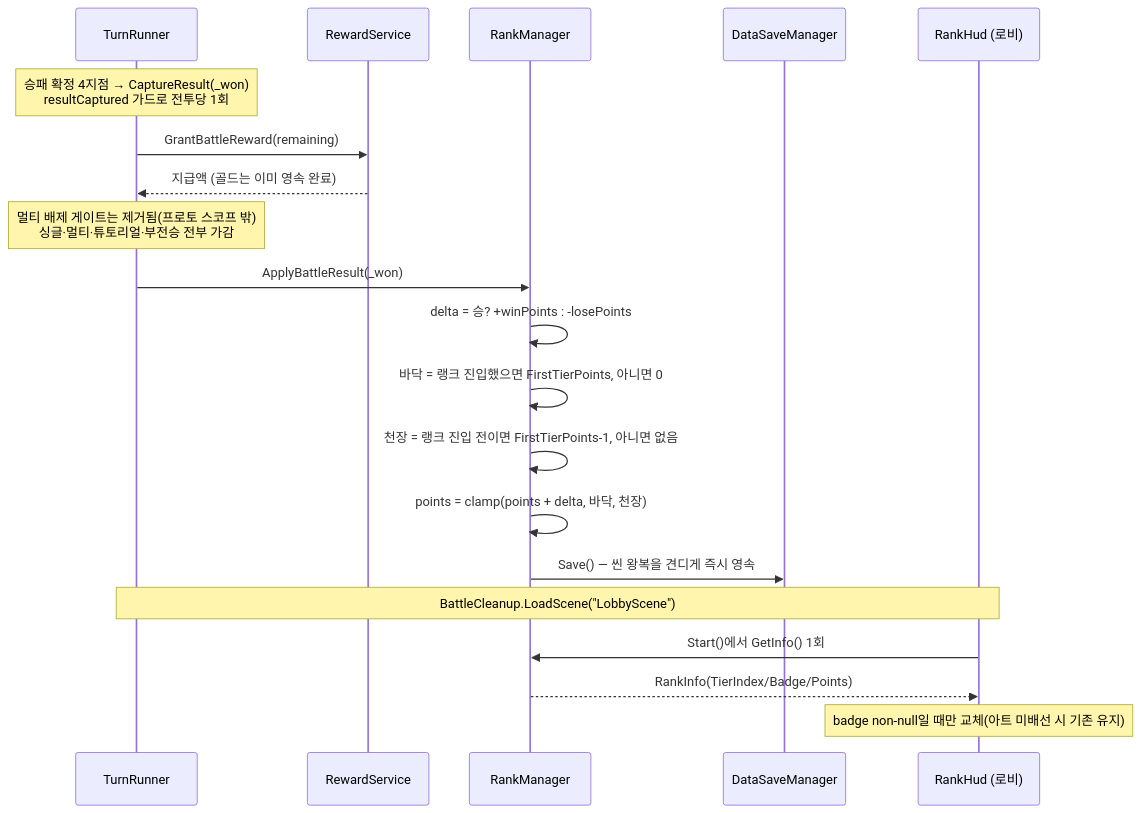
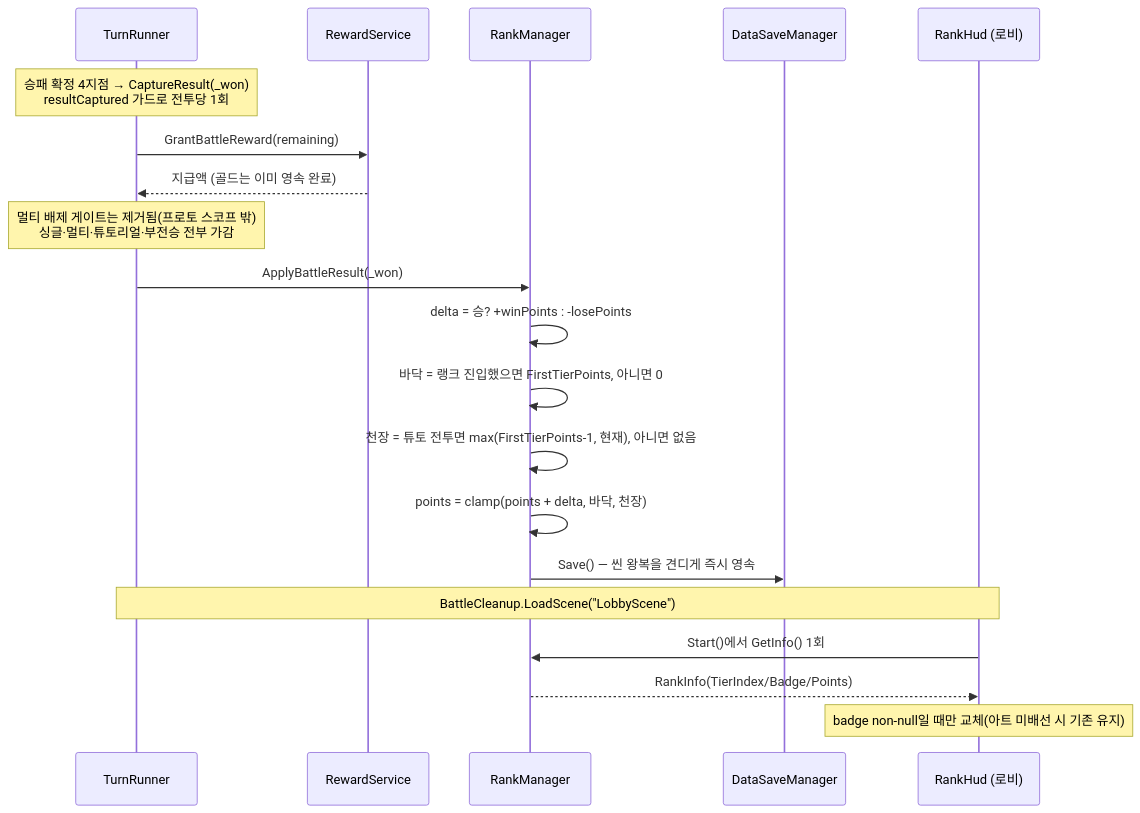
Diagram 13 of 20 in docs/OutGamePlan/STRUCTURE.md (hspark-maker/TeamfightTCG_Migriation), drawn with Mermaid before and after one commit. The commit also changed other lines of this file and 3 other files, not shown here.

````diff
--- a/docs/OutGamePlan/STRUCTURE.md
+++ b/docs/OutGamePlan/STRUCTURE.md
@@ -588,23 +588,23 @@
 ```mermaid
 sequenceDiagram
     participant TR as TurnRunner
     participant RS as RewardService
     participant MGR as RankManager
     participant DSM as DataSaveManager
     participant HUD as RankHud (로비)
 
     Note over TR: 승패 확정 4지점 → CaptureResult(_won)<br/>resultCaptured 가드로 전투당 1회
     TR->>RS: GrantBattleReward(remaining)
     RS-->>TR: 지급액 (골드는 이미 영속 완료)
     Note over TR: 멀티 배제 게이트는 제거됨(프로토 스코프 밖)<br/>싱글·멀티·튜토리얼·부전승 전부 가감
     TR->>MGR: ApplyBattleResult(_won)
     MGR->>MGR: delta = 승? +winPoints : -losePoints
     MGR->>MGR: 바닥 = 랭크 진입했으면 FirstTierPoints, 아니면 0
-    MGR->>MGR: 천장 = 랭크 진입 전이면 FirstTierPoints-1, 아니면 없음
+    MGR->>MGR: 천장 = 튜토 전투면 max(FirstTierPoints-1, 현재), 아니면 없음
     MGR->>MGR: points = clamp(points + delta, 바닥, 천장)
     MGR->>DSM: Save() — 씬 왕복을 견디게 즉시 영속
     Note over TR,HUD: BattleCleanup.LoadScene("LobbyScene")
     HUD->>MGR: Start()에서 GetInfo() 1회
     MGR-->>HUD: RankInfo(TierIndex/Badge/Points)
     Note over HUD: badge non-null일 때만 교체(아트 미배선 시 기존 유지)
 ```
````
